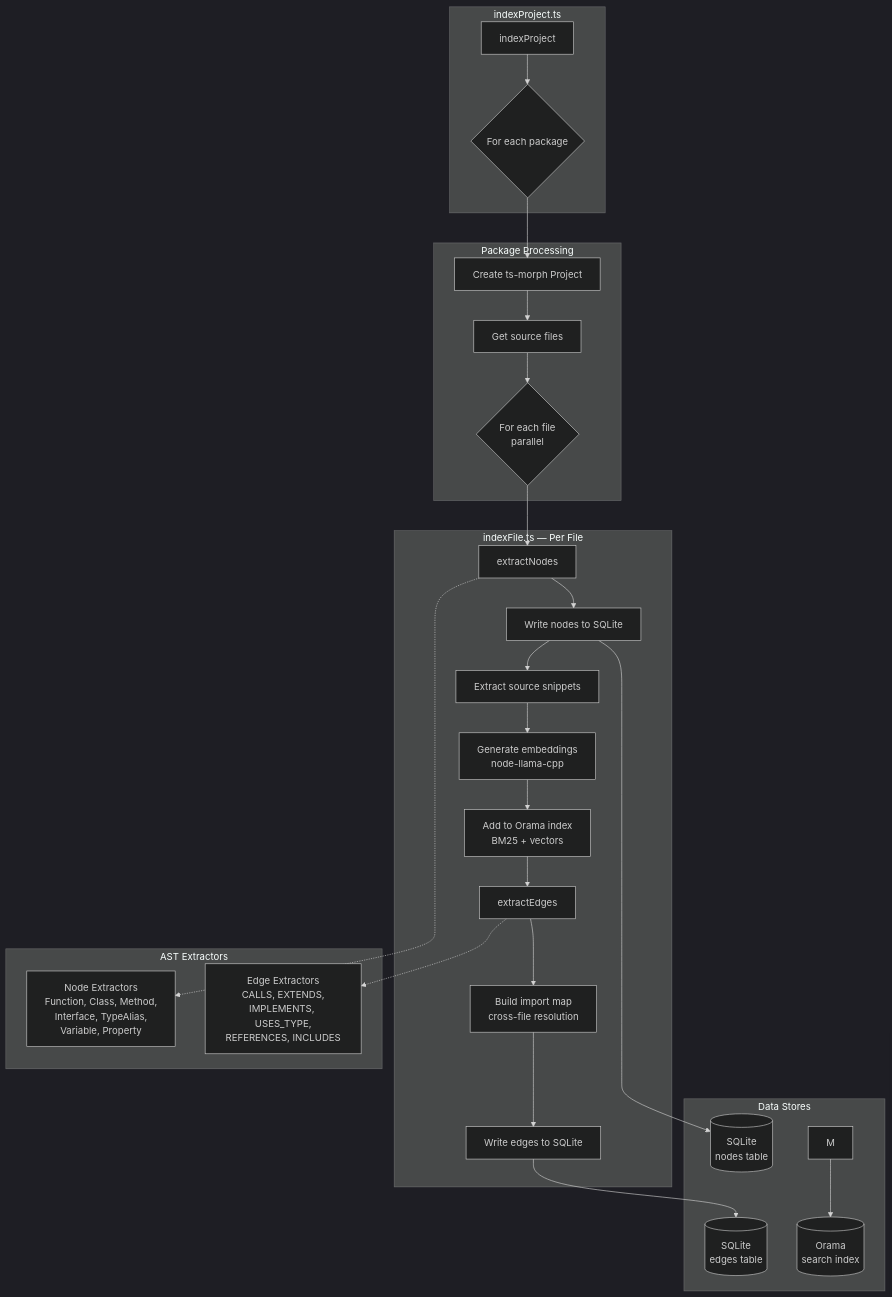
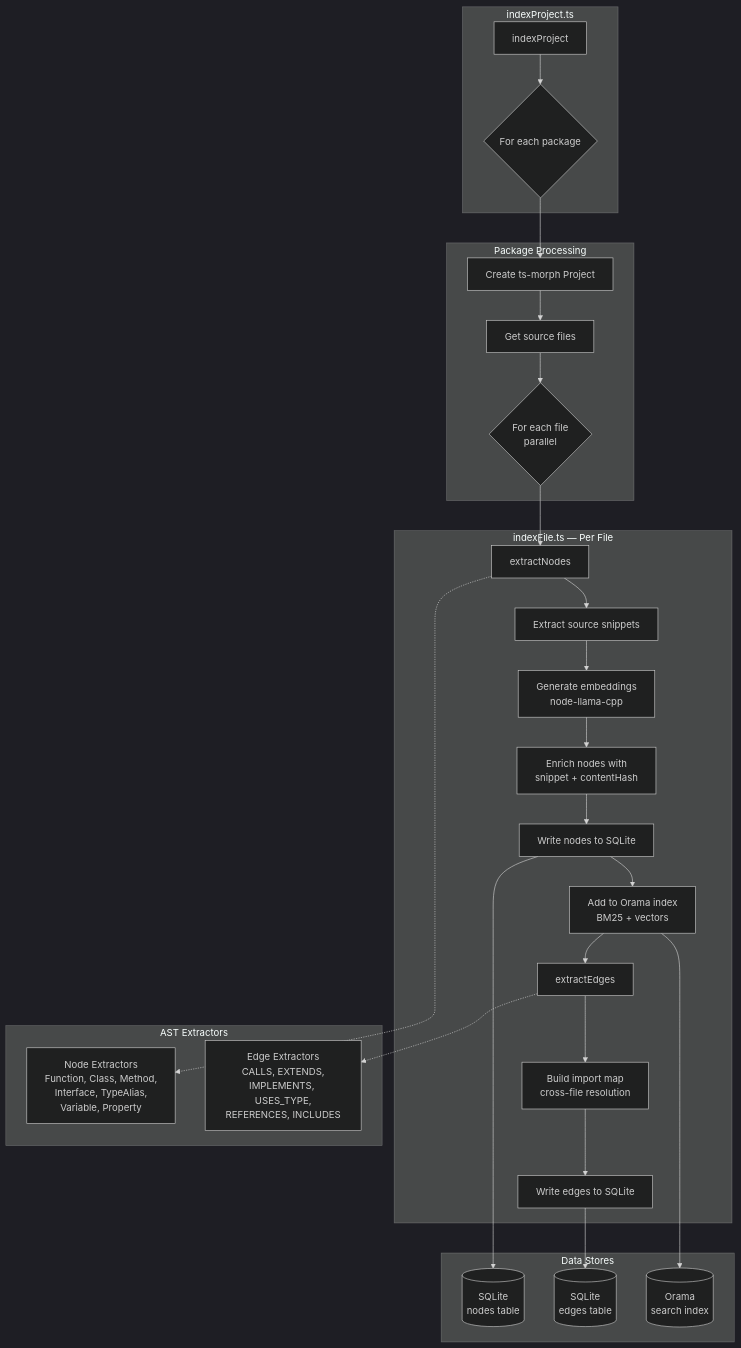
Before and after one commit to couzic/ts-graph-mcp: the second of 2 diagrams in ARCHITECTURE.md, drawn with Mermaid (dark theme). The commit also changed other lines of this file and 61 other files, not shown here.

````diff
--- a/ARCHITECTURE.md
+++ b/ARCHITECTURE.md
@@ -222,34 +222,35 @@
 ```mermaid
 flowchart TD
     subgraph Entry["indexProject.ts"]
         A[indexProject] --> B{For each package}
     end
 
     subgraph Package["Package Processing"]
         B --> C[Create ts-morph Project]
         C --> D[Get source files]
         D --> E{For each file<br/>parallel}
     end
 
     subgraph File["indexFile.ts — Per File"]
         E --> F[extractNodes]
-        F --> G[Write nodes to SQLite]
-        G --> H[Extract source snippets]
+        F --> H[Extract source snippets]
         H --> I[Generate embeddings<br/>node-llama-cpp]
-        I --> J[Add to Orama index<br/>BM25 + vectors]
+        I --> EN[Enrich nodes with<br/>snippet + contentHash]
+        EN --> G[Write nodes to SQLite]
+        G --> J[Add to Orama index<br/>BM25 + vectors]
         J --> O[extractEdges]
         O --> P[Build import map<br/>cross-file resolution]
         P --> Q[Write edges to SQLite]
     end
 
     subgraph Storage["Data Stores"]
         G --> DB[(SQLite<br/>nodes table)]
         Q --> DB2[(SQLite<br/>edges table)]
-        M --> SI[(Orama<br/>search index)]
+        J --> SI[(Orama<br/>search index)]
     end
 
     subgraph Extractors["AST Extractors"]
         F -.-> NE[Node Extractors<br/>Function, Class, Method,<br/>Interface, TypeAlias,<br/>Variable, Property]
         O -.-> EE[Edge Extractors<br/>CALLS, EXTENDS,<br/>IMPLEMENTS, USES_TYPE,<br/>REFERENCES, INCLUDES]
     end
 ```
````
